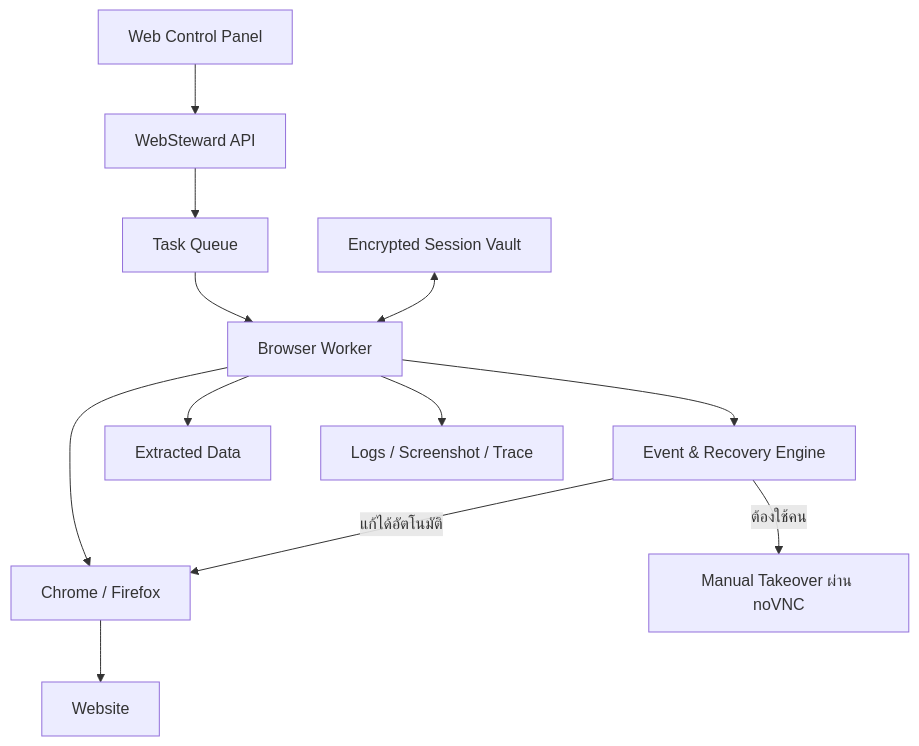
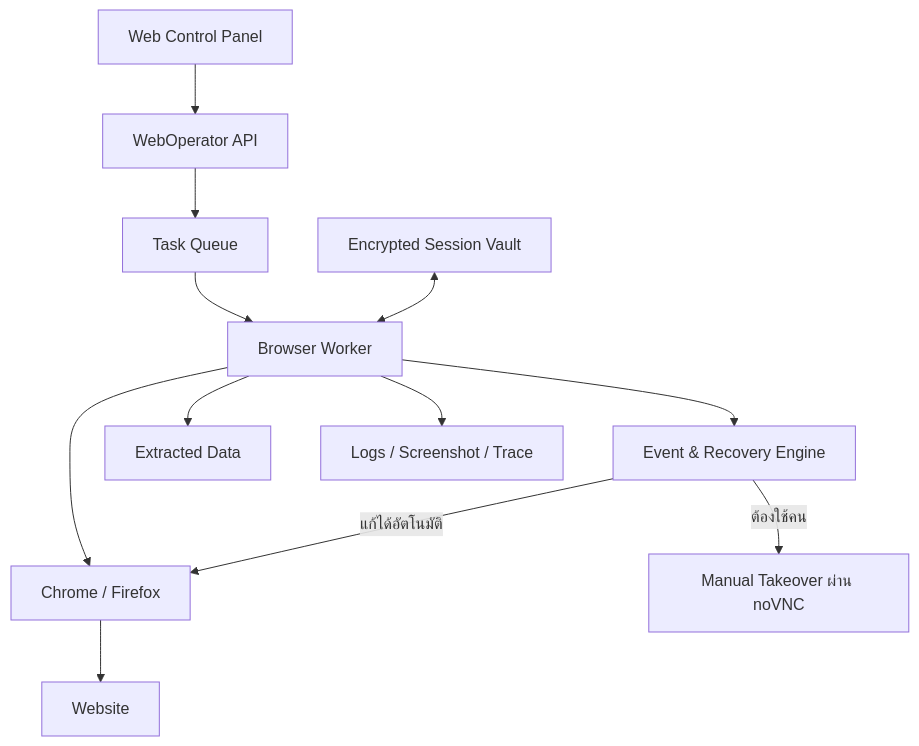
Before and after one commit to smallscaleserver/WebOperator: the first of 2 diagrams in README.md, drawn with Mermaid. The commit also changed other lines of this file and 9 other files, not shown here.

First line of the commit message:
Add Phase 1 Docker/noVNC browser scaffold, rename WebSteward to WebOperator, add cross-tool project docs

````diff
--- a/README.md
+++ b/README.md
@@ -46,14 +59,14 @@
 ```mermaid
 flowchart TD
-    U["Web Control Panel"] --> A["WebSteward API"]
+    U["Web Control Panel"] --> A["WebOperator API"]
     A --> Q["Task Queue"]
     Q --> W["Browser Worker"]
     W --> B["Chrome / Firefox"]
     B --> S["Website"]
     W --> E["Event & Recovery Engine"]
     E -->|แก้ได้อัตโนมัติ| B
     E -->|ต้องใช้คน| H["Manual Takeover ผ่าน noVNC"]
     W --> D["Extracted Data"]
     W --> L["Logs / Screenshot / Trace"]
     V["Encrypted Session Vault"] <--> W
 ```
````
